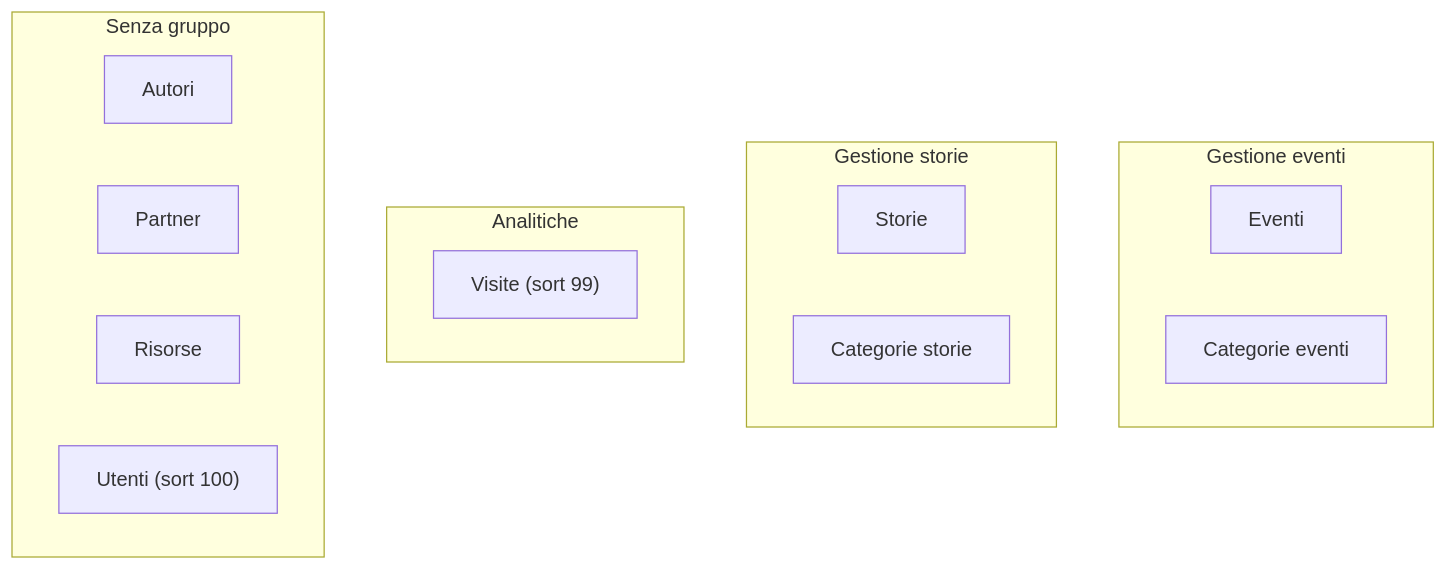
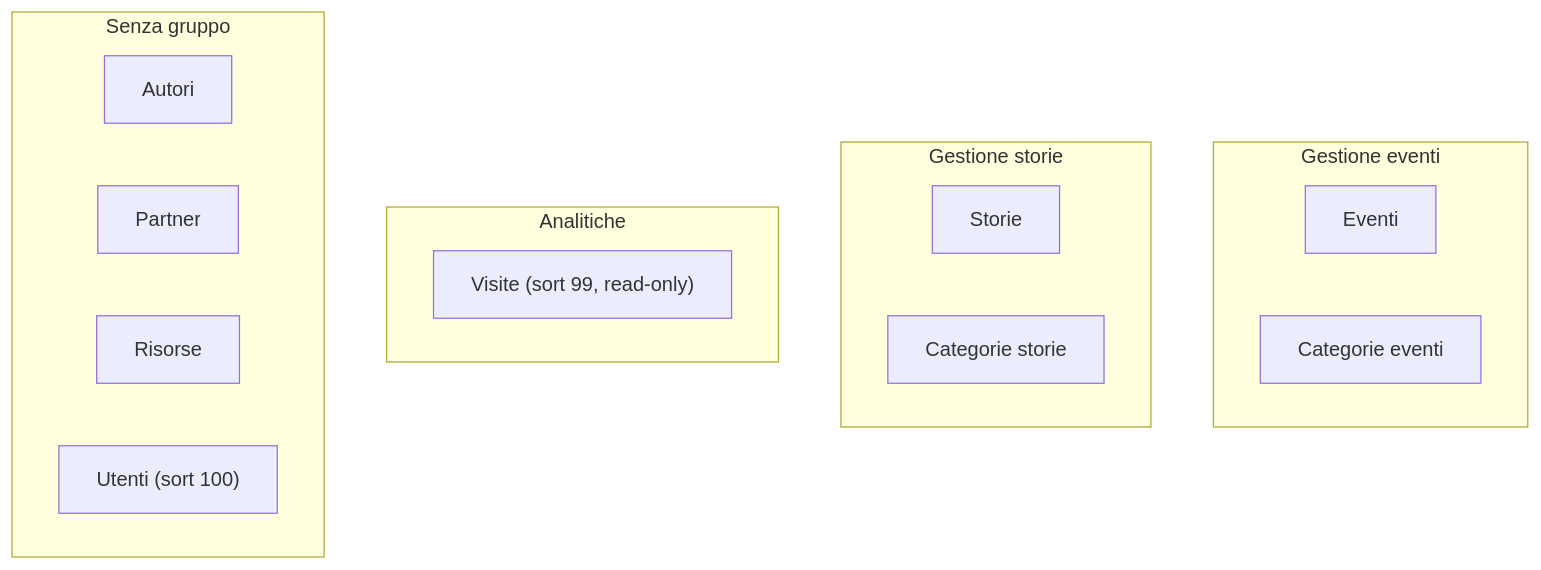
Before and after one commit to salento-dev/website: the diagram in docs/03_codice/02_pannello_admin.md, drawn with Mermaid. The commit also changed other lines of this file and 16 other files, not shown here.

````diff
--- a/docs/03_codice/02_pannello_admin.md
+++ b/docs/03_codice/02_pannello_admin.md
@@ -132,20 +307,20 @@
 ```mermaid
 flowchart TD
     subgraph GE["Gestione eventi"]
         E1[Eventi]
         E2[Categorie eventi]
     end
     subgraph GS["Gestione storie"]
         S1[Storie]
         S2[Categorie storie]
     end
     subgraph AN["Analitiche"]
-        A1["Visite (sort 99)"]
+        A1["Visite (sort 99, read-only)"]
     end
     subgraph ROOT["Senza gruppo"]
         R1[Autori]
         R2[Partner]
         R3[Risorse]
         R4["Utenti (sort 100)"]
     end
 ```
````
